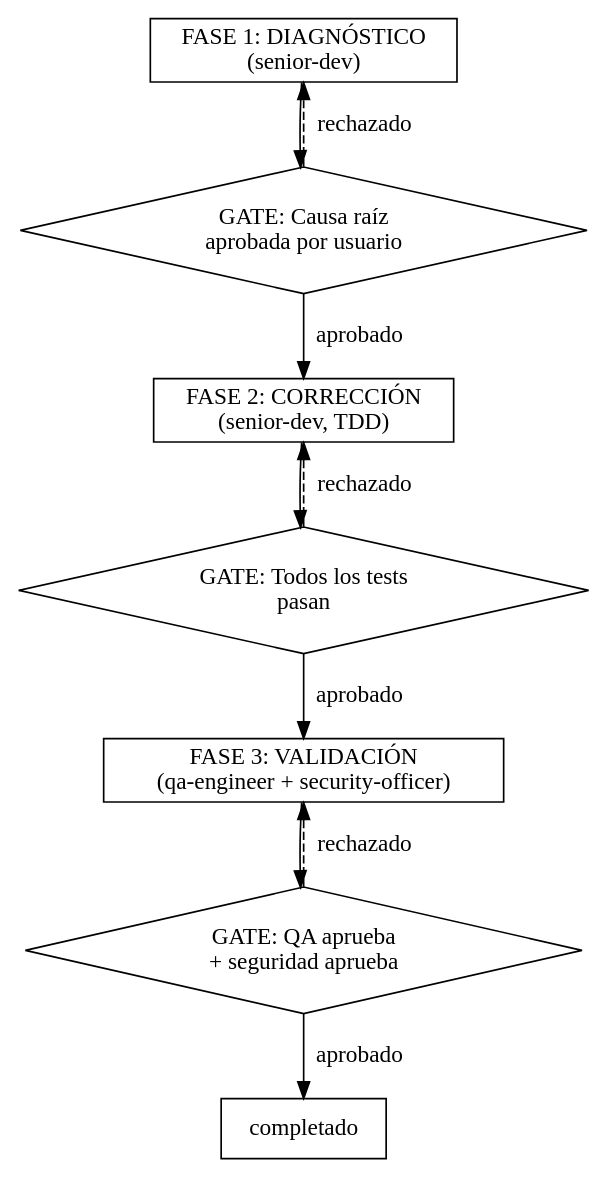
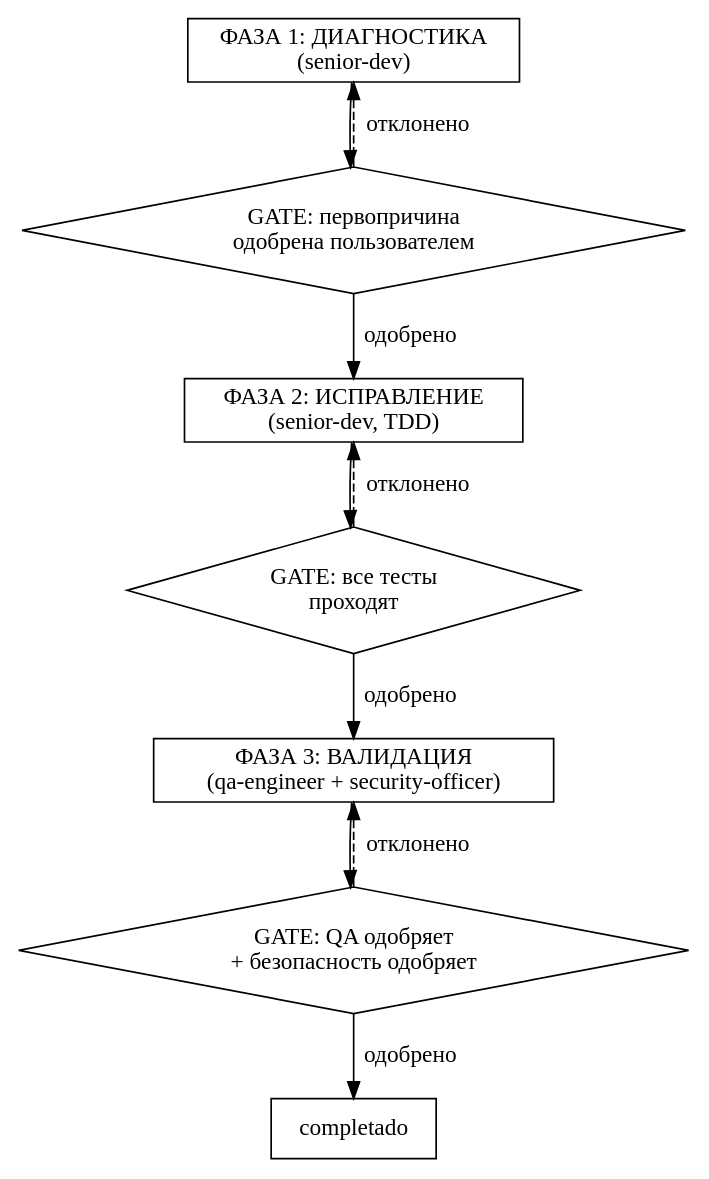
Before and after one commit to grigoriev/alfred-dev: the second of 3 diagrams in agents/alfred.md, drawn with Graphviz. The commit also changed other lines of this file and 119 other files, not shown here.

````diff
--- a/agents/alfred.md
+++ b/agents/alfred.md
@@ -168,24 +168,24 @@
 ```dot
 digraph fix_flow {
     rankdir=TB;
     node [shape=box];
 
-    diagnostico [label="FASE 1: DIAGNÓSTICO\n(senior-dev)"];
-    correccion [label="FASE 2: CORRECCIÓN\n(senior-dev, TDD)"];
-    validacion [label="FASE 3: VALIDACIÓN\n(qa-engineer + security-officer)"];
+    diagnostico [label="ФАЗА 1: ДИАГНОСТИКА\n(senior-dev)"];
+    correccion [label="ФАЗА 2: ИСПРАВЛЕНИЕ\n(senior-dev, TDD)"];
+    validacion [label="ФАЗА 3: ВАЛИДАЦИЯ\n(qa-engineer + security-officer)"];
 
-    gate_diag [label="GATE: Causa raíz\naprobada por usuario" shape=diamond];
-    gate_fix [label="GATE: Todos los tests\npasan" shape=diamond];
-    gate_val [label="GATE: QA aprueba\n+ seguridad aprueba" shape=diamond];
+    gate_diag [label="GATE: первопричина\nодобрена пользователем" shape=diamond];
+    gate_fix [label="GATE: все тесты\nпроходят" shape=diamond];
+    gate_val [label="GATE: QA одобряет\n+ безопасность одобряет" shape=diamond];
 
     diagnostico -> gate_diag;
-    gate_diag -> correccion [label="aprobado"];
-    gate_diag -> diagnostico [label="rechazado" style=dashed];
+    gate_diag -> correccion [label="одобрено"];
+    gate_diag -> diagnostico [label="отклонено" style=dashed];
     correccion -> gate_fix;
-    gate_fix -> validacion [label="aprobado"];
-    gate_fix -> correccion [label="rechazado" style=dashed];
+    gate_fix -> validacion [label="одобрено"];
+    gate_fix -> correccion [label="отклонено" style=dashed];
     validacion -> gate_val;
-    gate_val -> completado [label="aprobado" shape=doublecircle];
-    gate_val -> validacion [label="rechazado" style=dashed];
+    gate_val -> completado [label="одобрено" shape=doublecircle];
+    gate_val -> validacion [label="отклонено" style=dashed];
 }
 ```
````
